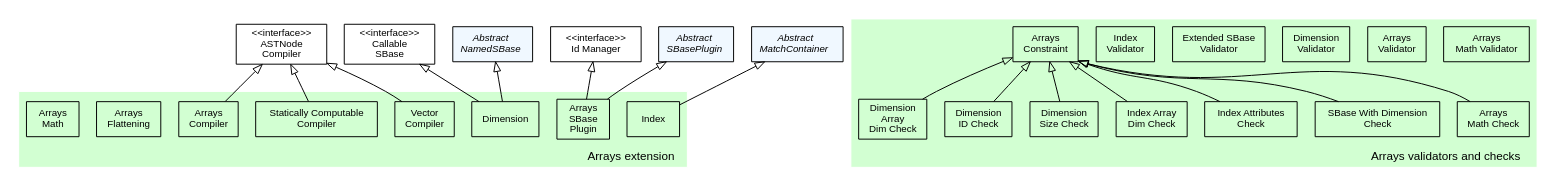
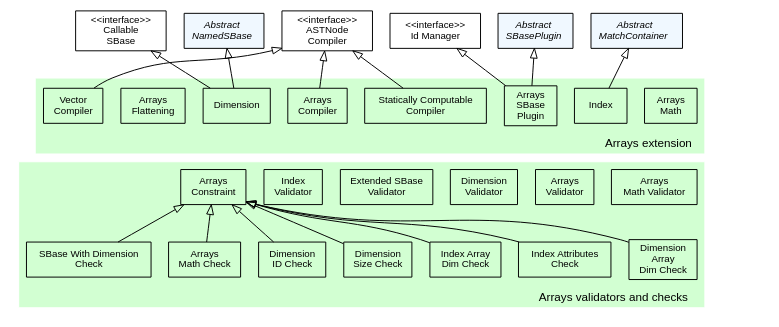
One commit to sbmlteam/jsbml changed the diagram in extensions/arrays/doc/img/type_hierarchy.dot. Above: the diagram before and after it, drawn with Graphviz. The commit also changed other lines of this file and 9 other files, not shown here.

```diff
--- a/extensions/arrays/doc/img/type_hierarchy.dot
+++ b/extensions/arrays/doc/img/type_hierarchy.dot
@@ -1,126 +1,136 @@
 #!/usr/local/bin/dot
 #
 # dot -Tpdf type_hierarchy.dot -otype_hierarchy.pdf && acroread type_hierarchy.pdf &
 # dot -Tpng type_hierarchy.dot -otype_hierarchy.png
 #
 # $Id$
 # $URL$
 # $Rev$
 
 /*
  * Overview of the arrays extension type hierarchy
  */
 
 strict digraph G{
 
 	 nodesep=0.25;
 	 ranksep=0.5;
+         rankdir=TB;
 
 	 edge [
 	   fontname="Helvetica",
 	   fontsize=10,
 	   labelfontname="Helvetica",
 	   labelfontsize=10
 	 ];
 	 node [
 	   fontname="Helvetica",
 	   fontsize=10,
 	   shape=box
 	 ];
 	 
   /*
    * Interfaces
    */
 
-  IdManager			                               [label="<<interface>>\nId Manager"];	 
-  CallableSBase		                               [label="<<interface>>\nCallable\nSBase"];	 
-  ASTNodeCompiler	                               [label="<<interface>>\nASTNode\nCompiler"];	 
+  IdManager                                   [label="<<interface>>\nId Manager"];	 
+  CallableSBase                               [label="<<interface>>\nCallable\nSBase"];	 
+  ASTNodeCompiler                             [label="<<interface>>\nASTNode\nCompiler"];	 
   
-	 /*
+  /*
    * Abstract data types
    */
   AbstractNamedSBase                       [label=<<font face="Helvetica-Oblique">Abstract<br/>NamedSBase</font>>, style="filled", fillcolor="#F0F8FF"];
   AbstractMathContainer                    [label=<<font face="Helvetica-Oblique">Abstract<br/>MatchContainer</font>>, style="filled", fillcolor="#F0F8FF"];
   AbstractSBasePlugin                      [label=<<font face="Helvetica-Oblique">Abstract<br/>SBasePlugin</font>>, style="filled", fillcolor="#F0F8FF"];
   
   /*********************
    * Inheritance graph *
    *********************/
     
    
-  subgraph clusterLayout {
+  subgraph clusterArrays {
     fontname="Helvetica";
     fontsize=12;
     style="filled";
     fillcolor="#d2ffd2"
     color="#ffffff"
     label="Arrays extension";
     labelloc=b;
     labeljust=r;
 
     // Interfaces
     
     // Enums
     
     // Objects
 
-    ArraysSBasePlugin            		[label="Arrays\nSBase\nPlugin"];
-    Dimension                     		[label="Dimension"];
-    Index                     			[label="Index"];
-    ArraysCompiler                     	[label="Arrays\nCompiler"];
-    StaticallyComputableCompiler        [label="Statically Computable\nCompiler"];
-    VectorCompiler        				[label="Vector\nCompiler"];
-    ArraysFlattening        			[label="Arrays\nFlattening"];
-    ArraysMath        					[label="Arrays\nMath"];
-
-
+    ArraysSBasePlugin            [label="Arrays\nSBase\nPlugin"];
+    Dimension                    [label="Dimension"];
+    Index                     	 [label="Index"];
+    ArraysCompiler               [label="Arrays\nCompiler"];
+    StaticallyComputableCompiler [label="Statically Computable\nCompiler"];
+    VectorCompiler        	 [label="Vector\nCompiler"];
+    ArraysFlattening             [label="Arrays\nFlattening"];
+    ArraysMath        	         [label="Arrays\nMath"];
    }
    
    subgraph clusterValidators {
     fontname="Helvetica";
     fontsize=12;
     style="filled";
     fillcolor="#d2ffd2"
     color="#ffffff"
     label="Arrays validators and checks";
     labelloc=b;
     labeljust=r;
     
     ArraysMathValidator						        [label="Arrays\nMath Validator"];
-    ArraysValidator        							[label="Arrays\nValidator"];    
+    ArraysValidator        					        [label="Arrays\nValidator"];    
     DimensionValidator        						[label="Dimension\nValidator"];
     ExtendedSBaseValidator        					[label="Extended SBase\nValidator"];
-    IndexValidator        							[label="Index\nValidator"];
+    IndexValidator        					        [label="Index\nValidator"];
     ArraysConstraint        						[label="Arrays\nConstraint"];
-    ArraysMathCheck        							[label="Arrays\nMath Check"];
+    ArraysMathCheck        					        [label="Arrays\nMath Check"];
     DimensionArrayDimCheck        					[label="Dimension\nArray\nDim Check"];
     DimensionIDCheck        						[label="Dimension\nID Check"];
     DimensionSizeCheck        						[label="Dimension\nSize Check"];
     IndexArrayDimCheck        						[label="Index Array\nDim Check"];
     IndexAttributesCheck        					[label="Index Attributes\nCheck"];
     SBaseWithDimensionCheck     					[label="SBase With Dimension\nCheck"];
     
-    ArraysConstraint -> ArraysMathCheck            		[dir=back,arrowtail=empty];
+    ArraysConstraint -> ArraysMathCheck                 [dir=back,arrowtail=empty];
     ArraysConstraint -> DimensionArrayDimCheck          [dir=back,arrowtail=empty];
     ArraysConstraint -> DimensionIDCheck            	[dir=back,arrowtail=empty];
     ArraysConstraint -> DimensionSizeCheck            	[dir=back,arrowtail=empty];	
     ArraysConstraint -> IndexArrayDimCheck            	[dir=back,arrowtail=empty];
     ArraysConstraint -> IndexAttributesCheck            [dir=back,arrowtail=empty];
     ArraysConstraint -> SBaseWithDimensionCheck         [dir=back,arrowtail=empty];
-	    	    
 	}
    
    /*********************
     * Inheritance graph *
     *********************/
    
-   AbstractSBasePlugin -> ArraysSBasePlugin            	[dir=back,arrowtail=empty];
-   AbstractNamedSBase -> Dimension            			[dir=back,arrowtail=empty];
-   AbstractMathContainer -> Index            			[dir=back,arrowtail=empty];
-   ASTNodeCompiler -> ArraysCompiler            		[dir=back,arrowtail=empty];
-   ASTNodeCompiler -> StaticallyComputableCompiler      [dir=back,arrowtail=empty];
-   ASTNodeCompiler -> VectorCompiler            		[dir=back,arrowtail=empty];
-   IdManager -> ArraysSBasePlugin            			[dir=back,arrowtail=empty];
-   CallableSBase -> Dimension            				[dir=back,arrowtail=empty];
+   AbstractSBasePlugin -> ArraysSBasePlugin        [dir=back,arrowtail=empty];
+   AbstractNamedSBase -> Dimension            	   [dir=back,arrowtail=empty];
+   AbstractMathContainer -> Index            	   [dir=back,arrowtail=empty];
+   ASTNodeCompiler -> ArraysCompiler               [dir=back,arrowtail=empty];
+   ASTNodeCompiler -> StaticallyComputableCompiler [dir=back,arrowtail=empty];
+   ASTNodeCompiler -> VectorCompiler               [dir=back,arrowtail=empty];
+   IdManager -> ArraysSBasePlugin            	   [dir=back,arrowtail=empty];
+   CallableSBase -> Dimension                      [dir=back,arrowtail=empty];
 
+   edge[style=invis, fontsize=12];
+
+    { //rank=same;
+        01 [style = invis];
+        02 [style=invis];
+        03 [style=invis];
+        01 -> 02 -> 03;
+    }
+
+    01  -> ArraysMath; //[style=invis];
+    03 -> DimensionArrayDimCheck; //[style=invis];
+    ArraysConstraint -> ArraysCompiler [constraint=false];
 }
```
